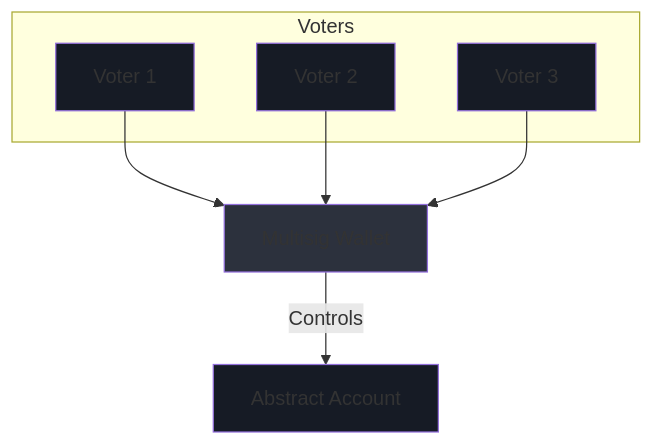
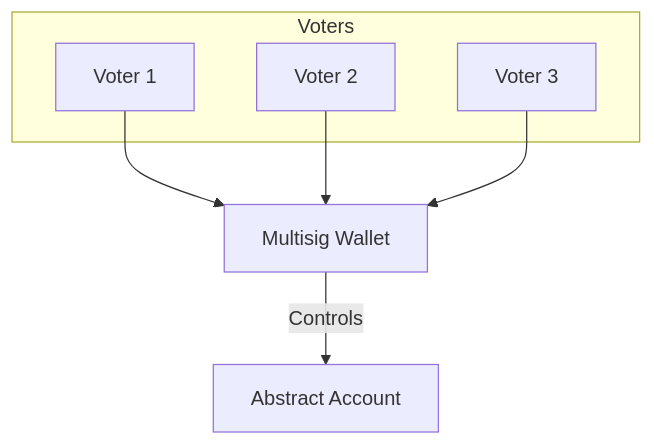
One commit to AbstractSDK/abstract changed the second of 4 diagrams in framework/docs/src/3_framework/4_ownership.md. Above: the diagram before and after it, drawn with Mermaid. The commit also changed other lines of this file and 5 other files, not shown here.

````diff
--- a/framework/docs/src/3_framework/4_ownership.md
+++ b/framework/docs/src/3_framework/4_ownership.md
@@ -41,22 +39,16 @@
 ```mermaid
 graph TD
     subgraph Voters
         V1[Voter 1]
         V2[Voter 2]
         V3[Voter 3]
     end
 
     V1 --> A[Multisig Wallet]
     V2 --> A
     V3 --> A
     
     A -->|Controls| B(Abstract Account)
 
     B[Abstract Account]
- 
-    style A fill:#2c313d
-    style B fill:#161b25
-    style V1 fill:#161b25
-    style V2 fill:#161b25
-    style V3 fill:#161b25
 ```
````
